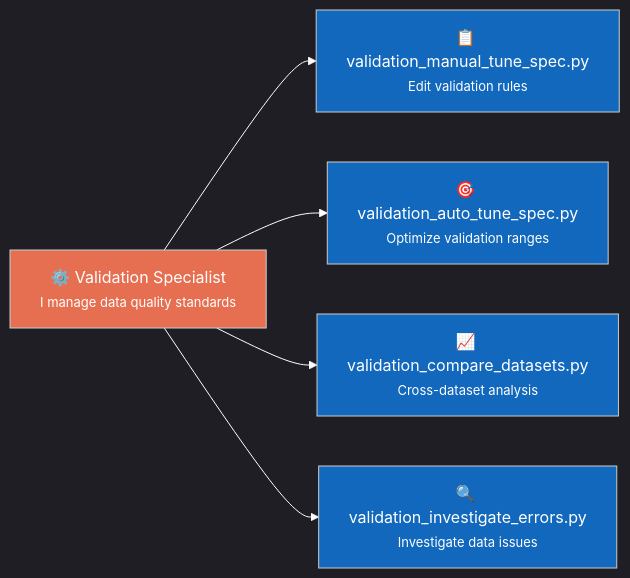
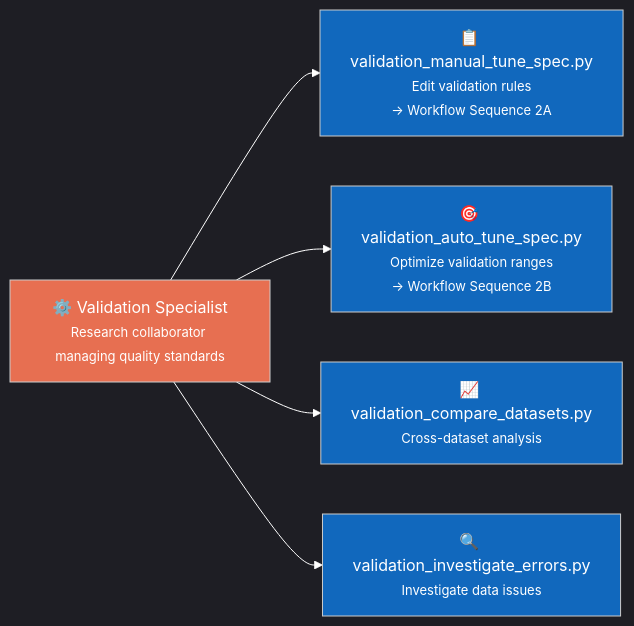
One commit to jmontp/LocoHub changed the second of 7 diagrams in docs/software_engineering/11_c4_context.md. Above: the diagram before and after it, drawn with Mermaid. The commit also changed other lines of this file and 19 other files, not shown here.

````diff
--- a/docs/software_engineering/11_c4_context.md
+++ b/docs/software_engineering/11_c4_context.md
@@ -24,18 +86,18 @@
 ```mermaid
 %%{init: {'theme': 'dark'}}%%
 graph LR
-    VS["⚙️ Validation Specialist<br/><font size='-1'>I manage data quality standards</font>"]
+    VS["⚙️ Validation Specialist<br/><font size='-1'>Research collaborator managing quality standards</font>"]
     
-    VS --> MANAGE["📋 validation_manual_tune_spec.py<br/><font size='-1'>Edit validation rules</font>"]
-    VS --> TUNE["🎯 validation_auto_tune_spec.py<br/><font size='-1'>Optimize validation ranges</font>"]
+    VS --> MANAGE["📋 validation_manual_tune_spec.py<br/><font size='-1'>Edit validation rules<br/>→ Workflow Sequence 2A</font>"]
+    VS --> TUNE["🎯 validation_auto_tune_spec.py<br/><font size='-1'>Optimize validation ranges<br/>→ Workflow Sequence 2B</font>"]
     VS --> COMPARE["📈 validation_compare_datasets.py<br/><font size='-1'>Cross-dataset analysis</font>"]
     VS --> DEBUG["🔍 validation_investigate_errors.py<br/><font size='-1'>Investigate data issues</font>"]
     
     style VS fill:#e76f51,color:white
     style MANAGE fill:#1168bd,color:white
     style TUNE fill:#1168bd,color:white
     style COMPARE fill:#1168bd,color:white
     style DEBUG fill:#1168bd,color:white
     
     linkStyle default stroke:white
 ```
````
